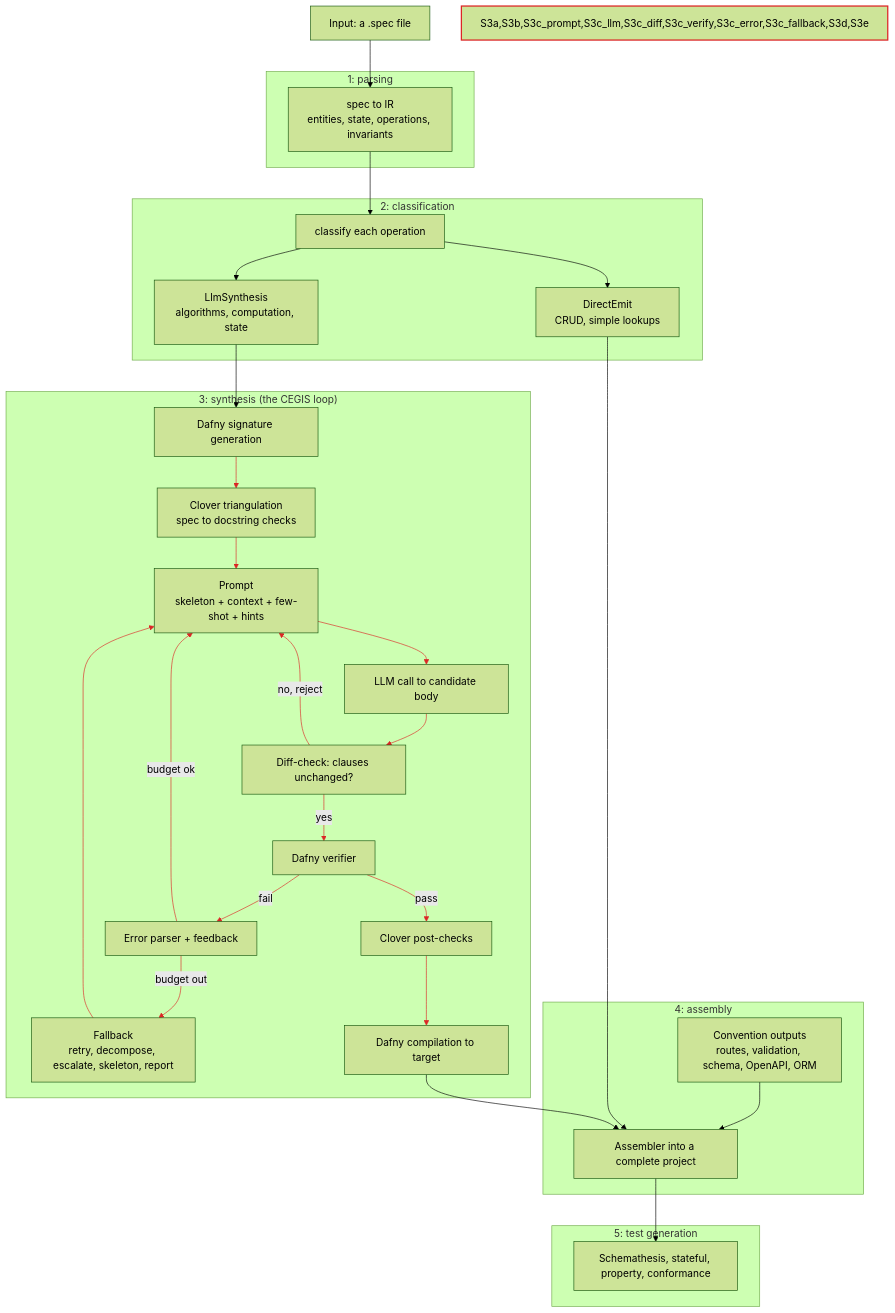
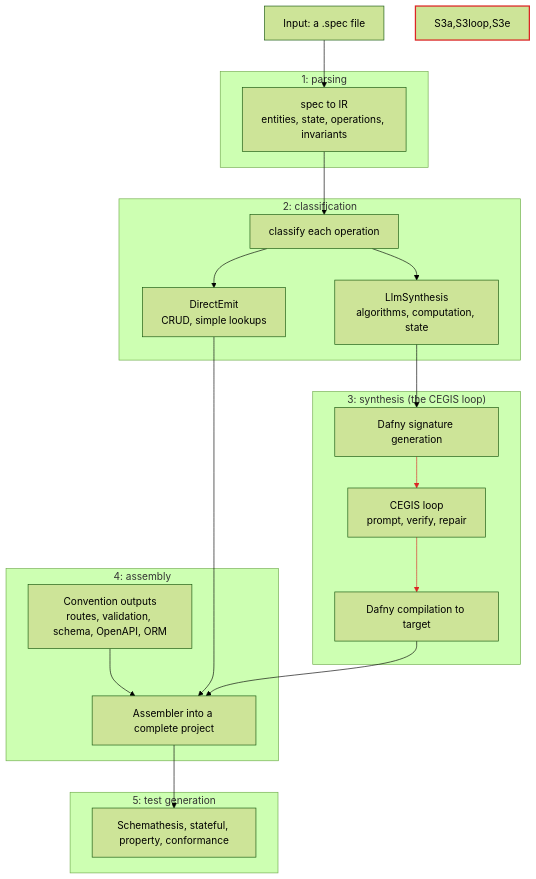
One commit to HardMax71/spec_to_rest changed the second of 2 diagrams in docs/content/docs/research/llm_verifier_synthesis/cegis-loop.md. Above: the diagram before and after it, drawn with Mermaid (forest theme).

Commit message:
docs(research): collapse the overview synthesis stage to fix diagram overlap
The end-to-end diagram's stage 3 packed the full loop, including three back-edges into the prompt node, which beautiful-mermaid cannot route around the blocks, so lines crossed and ran under nodes. The detailed loop is already the first diagram on this page, so the overview now collapses stage 3 to signature generation, the CEGIS loop, and compilation. The back-edges are gone and the layout is clean; the synthesis nodes and their two edges stay red.

````diff
--- a/docs/content/docs/research/llm_verifier_synthesis/cegis-loop.md
+++ b/docs/content/docs/research/llm_verifier_synthesis/cegis-loop.md
@@ -105,46 +105,36 @@
 ```mermaid
 flowchart TD
   Input["Input: a .spec file"]
 
   subgraph Stage1["1: parsing"]
     Parse["spec to IR<br/>entities, state, operations, invariants"]
   end
 
   subgraph Stage2["2: classification"]
     Classify["classify each operation"] --> Direct["DirectEmit<br/>CRUD, simple lookups"]
     Classify --> NeedLLM["LlmSynthesis<br/>algorithms, computation, state"]
   end
 
   subgraph Stage3["3: synthesis (the CEGIS loop)"]
-    S3a["Dafny signature generation"] --> S3b["Clover triangulation<br/>spec to docstring checks"]
-    S3b --> S3c_prompt["Prompt<br/>skeleton + context + few-shot + hints"]
-    S3c_prompt --> S3c_llm["LLM call to candidate body"]
-    S3c_llm --> S3c_diff["Diff-check: clauses unchanged?"]
-    S3c_diff -->|"yes"| S3c_verify["Dafny verifier"]
-    S3c_diff -->|"no, reject"| S3c_prompt
-    S3c_verify -->|"pass"| S3d["Clover post-checks"]
-    S3c_verify -->|"fail"| S3c_error["Error parser + feedback"]
-    S3c_error -->|"budget ok"| S3c_prompt
-    S3c_error -->|"budget out"| S3c_fallback["Fallback<br/>retry, decompose, escalate, skeleton, report"]
-    S3c_fallback --> S3c_prompt
-    S3d --> S3e["Dafny compilation to target"]
+    S3a["Dafny signature generation"] --> S3loop["CEGIS loop<br/>prompt, verify, repair"]
+    S3loop --> S3e["Dafny compilation to target"]
   end
 
   subgraph Stage4["4: assembly"]
     Conv["Convention outputs<br/>routes, validation, schema, OpenAPI, ORM"] --> Assembler["Assembler into a complete project"]
   end
 
   subgraph Stage5["5: test generation"]
     Tests["Schemathesis, stateful, property, conformance"]
   end
 
   Input --> Parse
   Parse --> Classify
   Direct --> Assembler
   NeedLLM --> S3a
   S3e --> Assembler
   Assembler --> Tests
 
-  style S3a,S3b,S3c_prompt,S3c_llm,S3c_diff,S3c_verify,S3c_error,S3c_fallback,S3d,S3e stroke:#dc2626,stroke-width:2px
-  linkStyle 2,3,4,5,6,7,8,9,10,11,12,13 stroke:#dc2626
+  style S3a,S3loop,S3e stroke:#dc2626,stroke-width:2px
+  linkStyle 2,3 stroke:#dc2626
 ```
````
